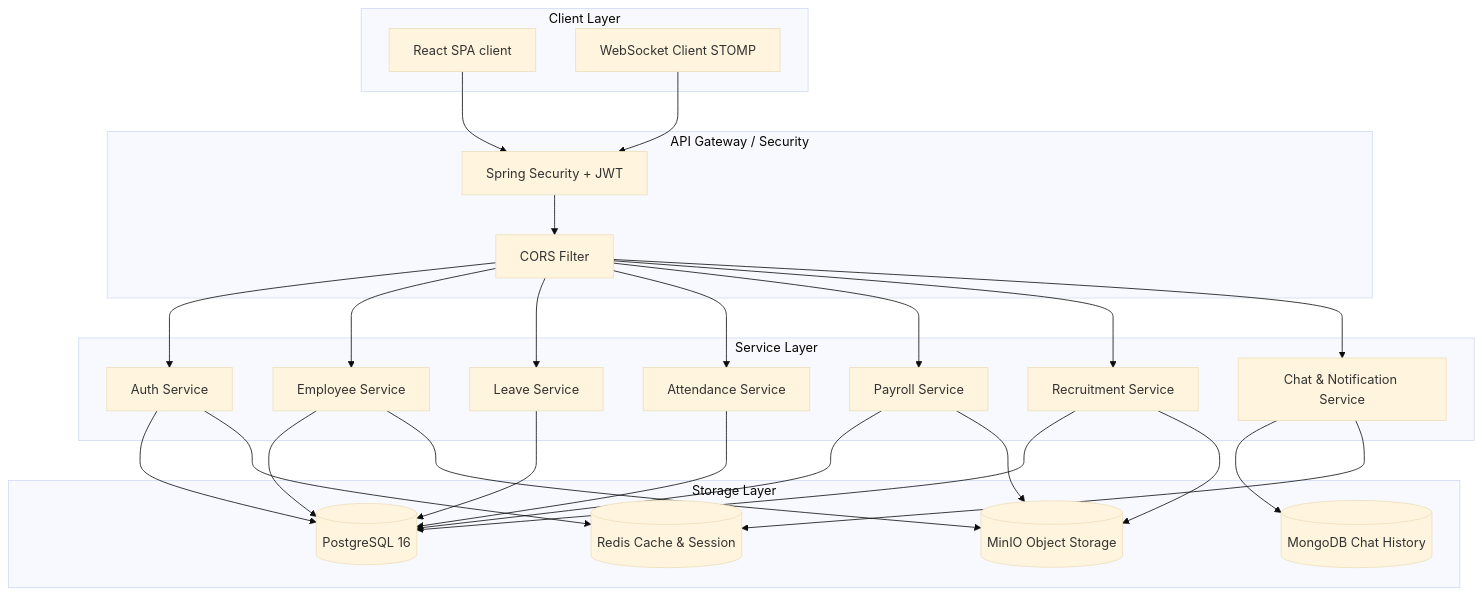
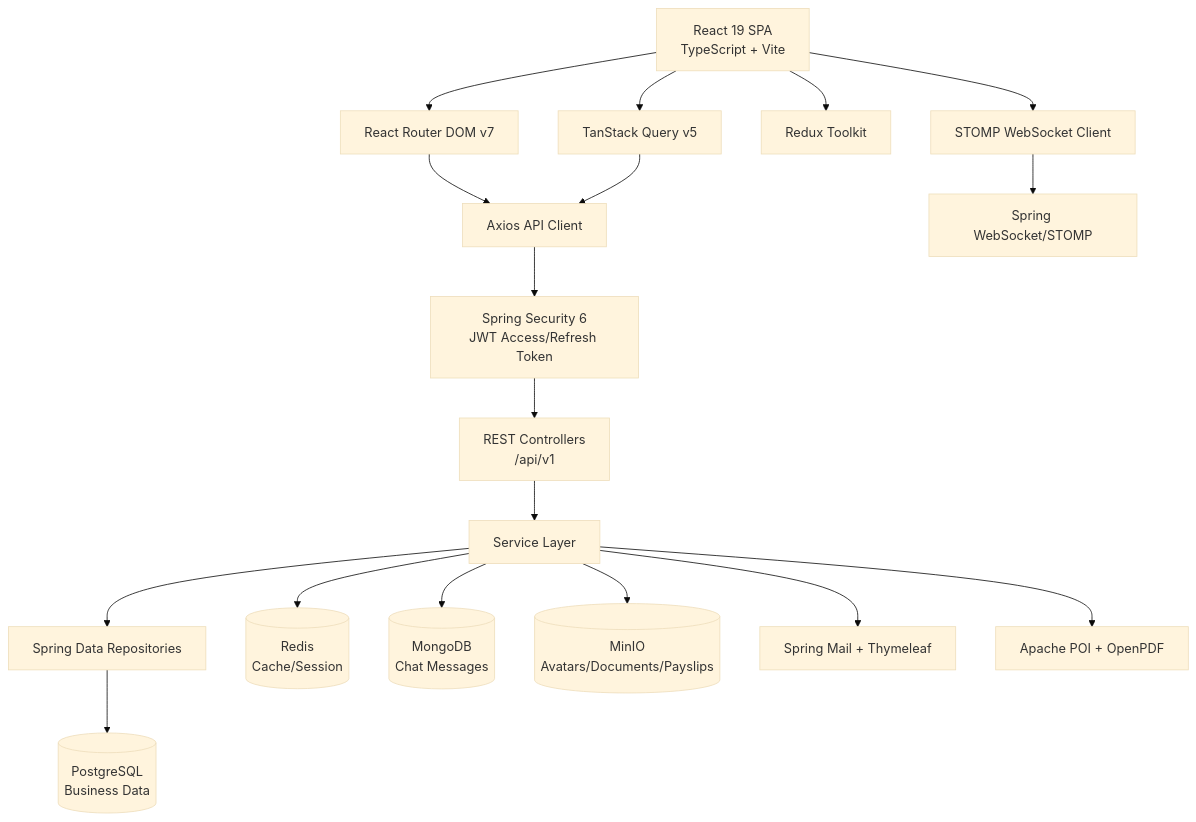
Before and after one commit to DuongGB/HRMPro: the diagram in README.md, drawn with Mermaid (base theme). The commit also changed other lines of this file, not shown here.

````diff
--- a/README.md
+++ b/README.md
@@ -29,42 +75,23 @@
 ```mermaid
-graph TD
-    subgraph Client Layer
-        React[React SPA client]
-        WSClient[WebSocket Client STOMP]
-    end
+flowchart TD
+    Client[React 19 SPA<br/>TypeScript + Vite] --> Router[React Router DOM v7]
+    Client --> Query[TanStack Query v5]
+    Client --> Redux[Redux Toolkit]
+    Client --> WSClient[STOMP WebSocket Client]
 
-    subgraph API Gateway / Security
-        SpringSec[Spring Security + JWT]
-        CORS[CORS Filter]
-    end
+    Router --> API[Axios API Client]
+    Query --> API
+    API --> Security[Spring Security 6<br/>JWT Access/Refresh Token]
+    WSClient --> WebSocket[Spring WebSocket/STOMP]
 
-    subgraph Service Layer
-        Auth[Auth Service]
-        Emp[Employee Service]
-        Leave[Leave Service]
-        Att[Attendance Service]
-        Pay[Payroll Service]
-        Rec[Recruitment Service]
-        Chat[Chat & Notification Service]
-    end
+    Security --> Controllers[REST Controllers<br/>/api/v1]
+    Controllers --> Services[Service Layer]
+    Services --> Repositories[Spring Data Repositories]
 
-    subgraph Storage Layer
-        PG[(PostgreSQL 16)]
-        Redis[(Redis Cache & Session)]
-        Mongo[(MongoDB Chat History)]
-        MinIO[(MinIO Object Storage)]
-    end
-
-    React --> SpringSec
-    WSClient --> SpringSec
-    SpringSec --> CORS
-    CORS --> Auth & Emp & Leave & Att & Pay & Rec & Chat
-    
-    Auth --> PG & Redis
-    Emp --> PG & MinIO
-    Leave --> PG
-    Att --> PG
-    Pay --> PG & MinIO
-    Rec --> PG & MinIO
-    Chat --> Mongo & Redis
+    Repositories --> PostgreSQL[(PostgreSQL<br/>Business Data)]
+    Services --> Redis[(Redis<br/>Cache/Session)]
+    Services --> MongoDB[(MongoDB<br/>Chat Messages)]
+    Services --> MinIO[(MinIO<br/>Avatars/Documents/Payslips)]
+    Services --> Mail[Spring Mail + Thymeleaf]
+    Services --> Reports[Apache POI + OpenPDF]
 ```
````
